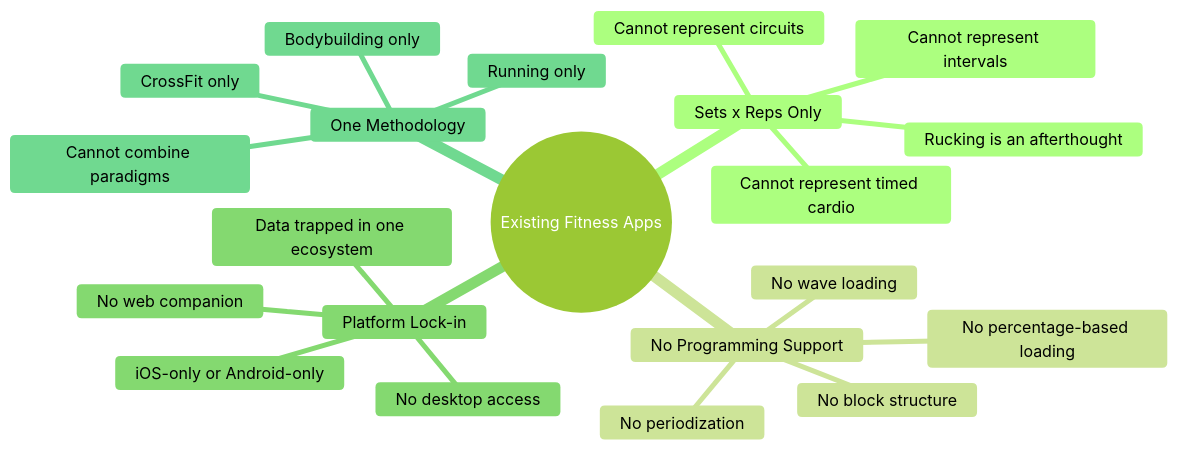
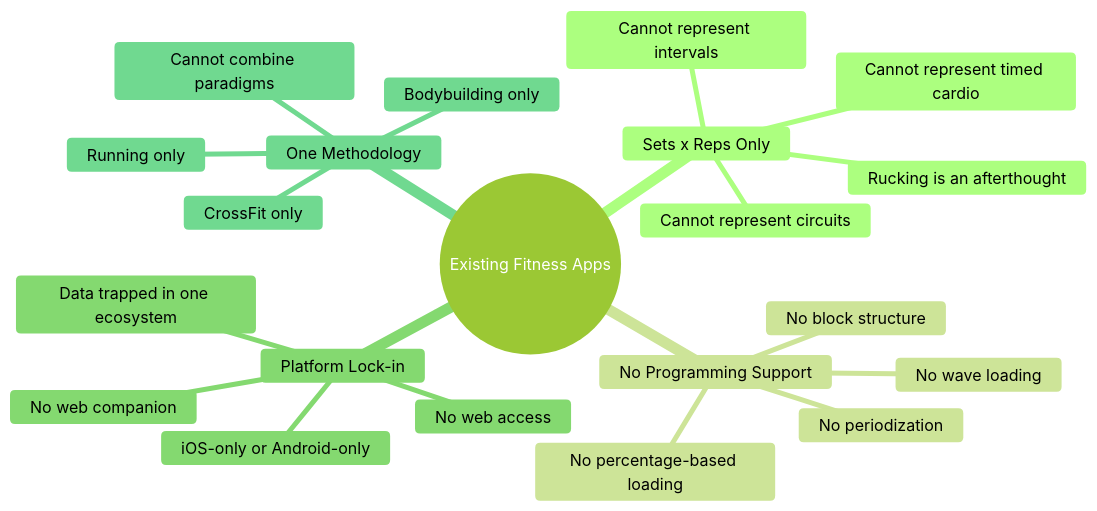
Before and after one commit to rghsoftware/ardent-forge: the first of 5 diagrams in docs/00-project-overview.md, drawn with Mermaid (forest theme). The commit also changed other lines of this file and 45 other files, not shown here.

First line of the commit message:
docs(terminology): replace all desktop references -- web + mobile only

````diff
--- a/docs/00-project-overview.md
+++ b/docs/00-project-overview.md
@@ -19,24 +19,24 @@
 ```mermaid
 mindmap
   root((Existing Fitness Apps))
     Sets x Reps Only
       Cannot represent timed cardio
       Cannot represent circuits
       Cannot represent intervals
       Rucking is an afterthought
     No Programming Support
       No periodization
       No percentage-based loading
       No block structure
       No wave loading
     Platform Lock-in
       iOS-only or Android-only
       No web companion
-      No desktop access
+      No web access
       Data trapped in one ecosystem
     One Methodology
       Bodybuilding only
       Running only
       CrossFit only
       Cannot combine paradigms
 ```
````
